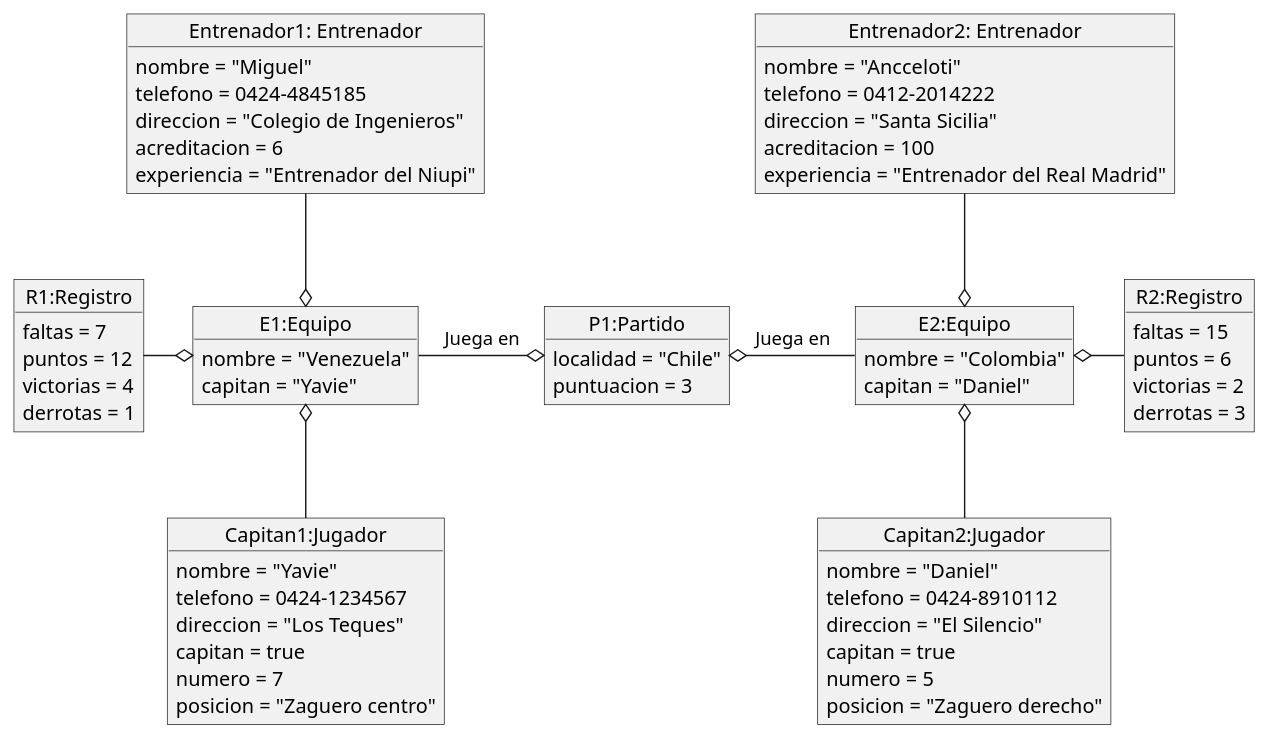
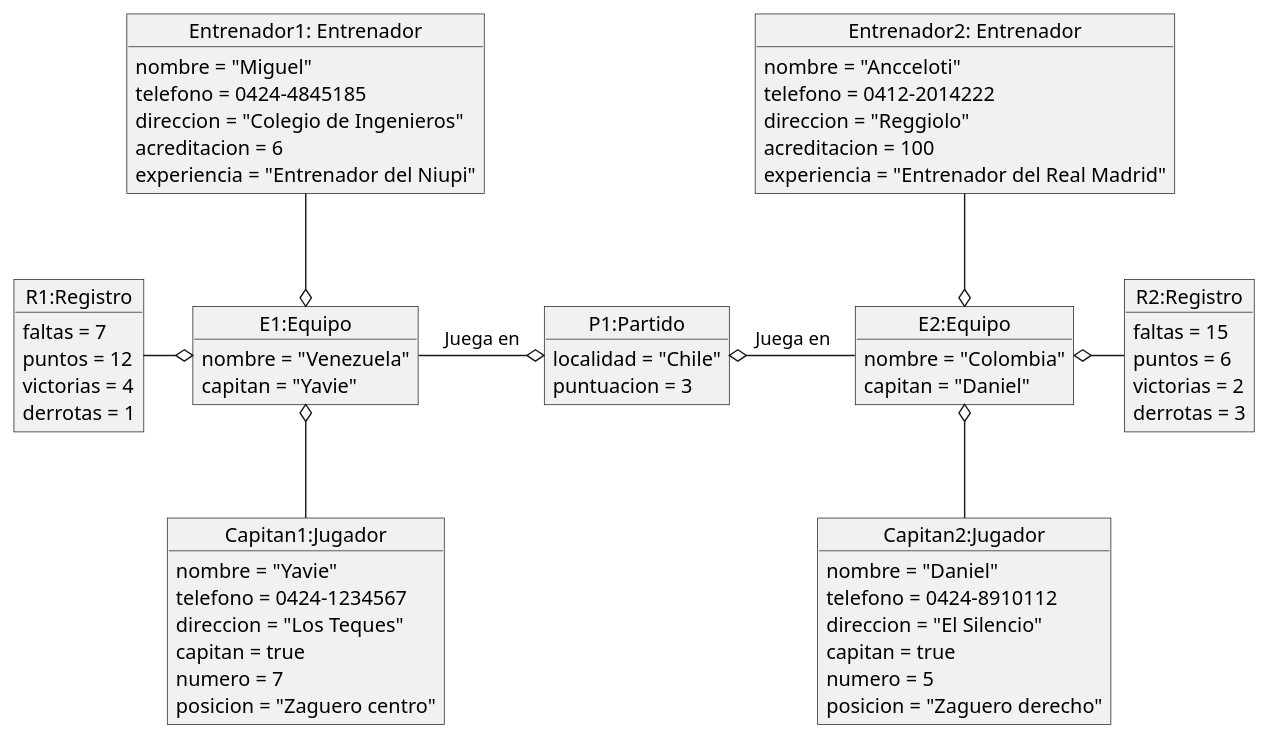
Before and after one commit to JhonatanHZ/IS-022023: the diagram in docs/diagrams/reto04DiagramaDeObjetos.plantuml, drawn with PlantUML. The commit also changed 1 other file, not shown here.

Commit message:
Diagrama de clases y objetos

```diff
--- a/docs/diagrams/reto04DiagramaDeObjetos.plantuml
+++ b/docs/diagrams/reto04DiagramaDeObjetos.plantuml
@@ -1,76 +1,75 @@
 @startuml DiagramaDeObjetos
 
 object "P1:Partido" as P1{
     localidad = "Chile"
     puntuacion = 3
 }
 
 object "E1:Equipo" as E1{
     nombre = "Venezuela"
     capitan = "Yavie"
 }
 
 object "E2:Equipo" as E2{
     nombre = "Colombia"
     capitan = "Daniel"
 }
 
 object "R1:Registro" as R1{
     faltas = 7
     puntos = 12
     victorias = 4
     derrotas = 1
 }
 
 object "R2:Registro" as R2{
     faltas = 15
     puntos = 6
     victorias = 2
     derrotas = 3
 }
 
 object "Capitan1:Jugador" as C1{
     nombre = "Yavie"
     telefono = 0424-1234567
     direccion = "Los Teques"
     capitan = true
     numero = 7
     posicion = "Zaguero centro"
 }
 
 object "Capitan2:Jugador" as C2{
     nombre = "Daniel"
     telefono = 0424-8910112
     direccion = "El Silencio"
     capitan = true
     numero = 5
     posicion = "Zaguero derecho"
 }
 
 object "Entrenador1: Entrenador" as DT1{
     nombre = "Miguel"
     telefono = 0424-4845185
     direccion = "Colegio de Ingenieros"
     acreditacion = 6
     experiencia = "Entrenador del Niupi"
 }
 
 object "Entrenador2: Entrenador" as DT2{
     nombre = "Ancceloti"
     telefono = 0412-2014222
-    direccion = "Santa Sicilia"
+    direccion = "Reggiolo"
     acreditacion = 100
     experiencia = "Entrenador del Real Madrid"
 }
 
 E1  -r-o P1: Juega en
 E2  -l-o P1: Juega en
 R1  -r-o E1
 R2  -l-o E2
 C1  -u-o E1
 C2  -u-o E2
 DT1 -d-o E1
 DT2 -d-o E2
 
-
 @enduml
```
